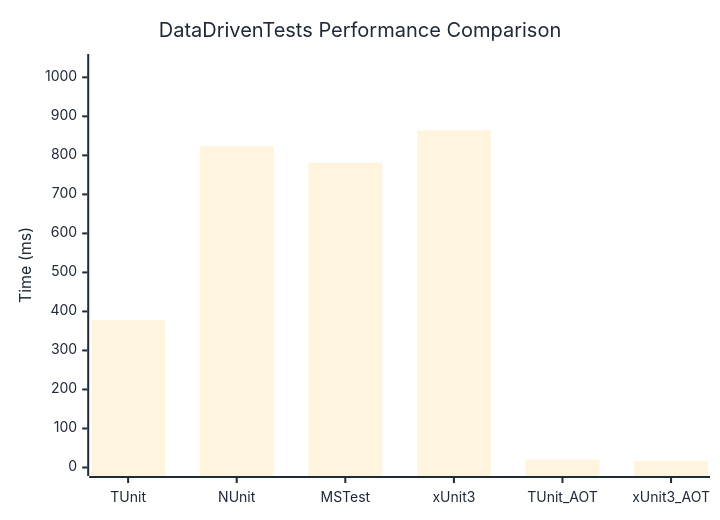
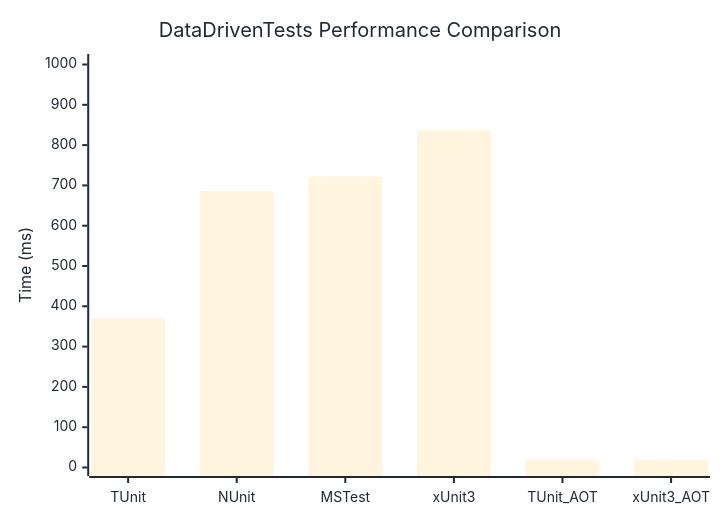
Before and after one commit to thomhurst/TUnit: the diagram in docs/docs/benchmarks/engine/DataDrivenTests.md, drawn with Mermaid. The commit also changed other lines of this file and 18 other files, not shown here.

````diff
--- a/docs/docs/benchmarks/engine/DataDrivenTests.md
+++ b/docs/docs/benchmarks/engine/DataDrivenTests.md
@@ -30,37 +30,37 @@
 ```mermaid
 %%{init: {
   'theme':'base',
   'themeVariables': {
     'primaryColor': '#2563eb',
     'primaryTextColor': '#1f2937',
     'primaryBorderColor': '#1e40af',
     'lineColor': '#6b7280',
     'secondaryColor': '#7c3aed',
     'tertiaryColor': '#dc2626',
     'background': '#ffffff',
     'mainBkg': '#2563eb',
     'secondBkg': '#7c3aed',
     'tertiaryBkg': '#dc2626',
     'clusterBkg': '#f3f4f6',
     'edgeLabelBackground': '#ffffff',
     'tertiaryTextColor': '#1f2937',
     'pie1': '#2563eb',
     'pie2': '#7c3aed',
     'pie3': '#dc2626',
     'pie4': '#f59e0b',
     'pie5': '#10b981',
     'pie6': '#06b6d4',
     'pie7': '#ec4899',
     'pie8': '#6366f1',
     'pie9': '#84cc16',
     'pie10': '#f97316',
     'pie11': '#14b8a6',
     'pie12': '#a855f7'
   }
 }}%%
 xychart-beta
   title "DataDrivenTests Performance Comparison"
   x-axis ["TUnit", "NUnit", "MSTest", "xUnit3", "TUnit_AOT", "xUnit3_AOT"]
-  y-axis "Time (ms)" 0 --> 1038
-  bar [377.66, 823.82, 781.38, 864.21, 20.11, 16.94]
+  y-axis "Time (ms)" 0 --> 1005
+  bar [369.64, 685.81, 721.79, 836.96, 19.68, 19.58]
 ```
````
